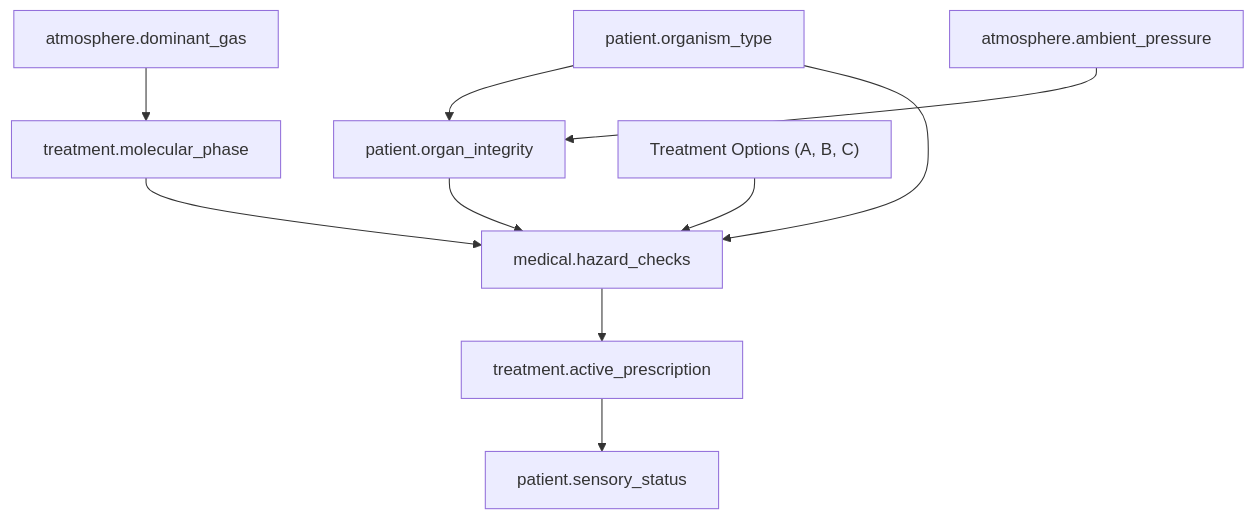
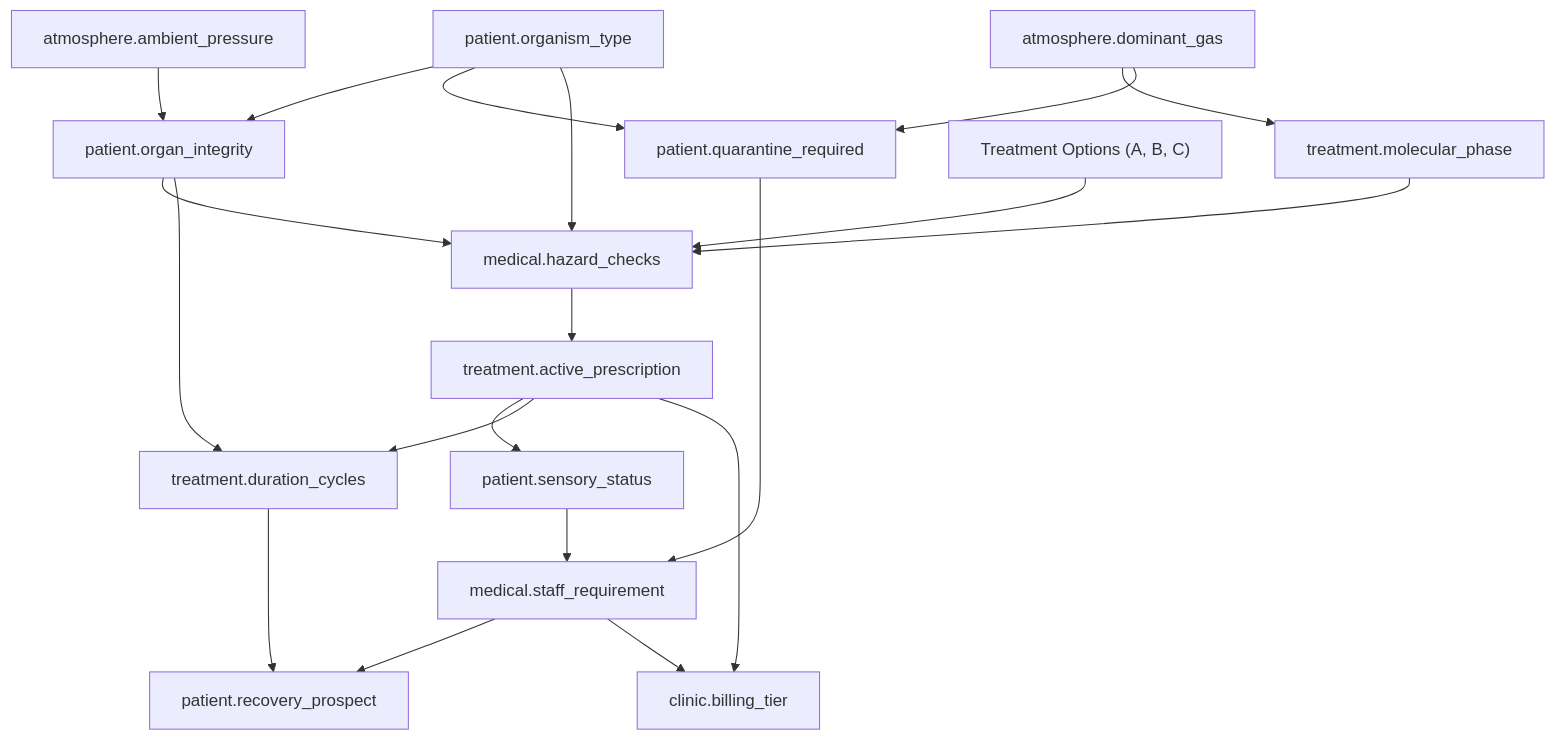
One commit to sultann-301/Belief-Aware-LLMs changed the second of 2 diagrams in domains.md. Above: the diagram before and after it, drawn with Mermaid. The commit also changed other lines of this file, not shown here.

````diff
--- a/domains.md
+++ b/domains.md
@@ -266,19 +300,33 @@
 ```mermaid
 graph TD
     %% Atmospheric Drivers
     Atmos_Gas["atmosphere.dominant_gas"] --> Phase["treatment.molecular_phase"]
+    Atmos_Gas --> Quar["patient.quarantine_required"]
     Atmos_Press["atmosphere.ambient_pressure"] --> Integrity["patient.organ_integrity"]
 
     %% Biological Inputs
     Species["patient.organism_type"] --> Integrity
+    Species --> Quar
     Species --> Hazards["medical.hazard_checks"]
 
     %% Treatment Inputs
     Options["Treatment Options (A, B, C)"] --> Hazards
     Phase --> Hazards
     Integrity --> Hazards
+    Integrity --> Dur["treatment.duration_cycles"]
 
-    %% Selection & Side Effects
+    %% Selection & Cascades
     Hazards --> Selection["treatment.active_prescription"]
     Selection --> SideEffect["patient.sensory_status"]
+    Selection --> Dur
+
+    %% Late Stage derivations
+    SideEffect --> Staff["medical.staff_requirement"]
+    Quar --> Staff
+    
+    Dur --> Recov["patient.recovery_prospect"]
+    Staff --> Recov
+    
+    Selection --> Bill["clinic.billing_tier"]
+    Staff --> Bill
 ```
````
